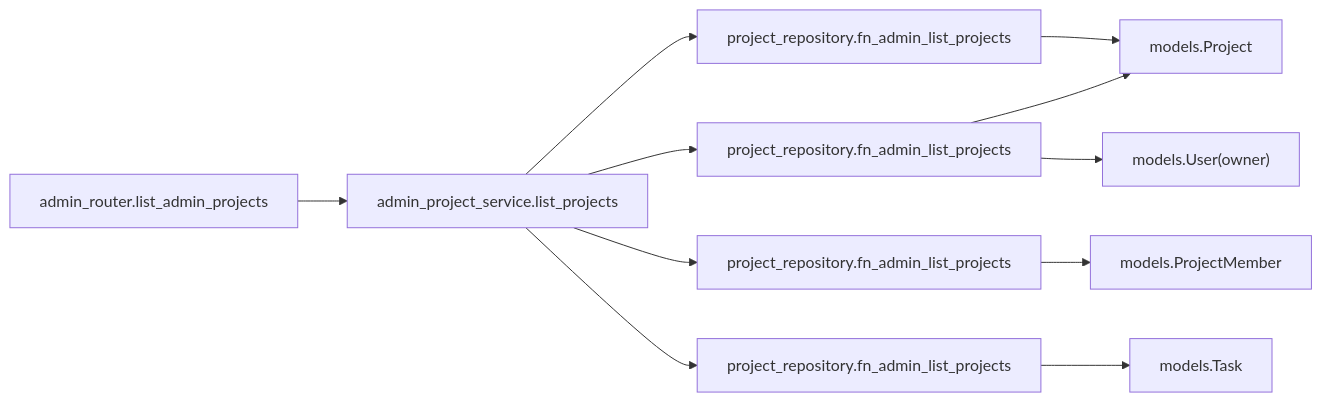
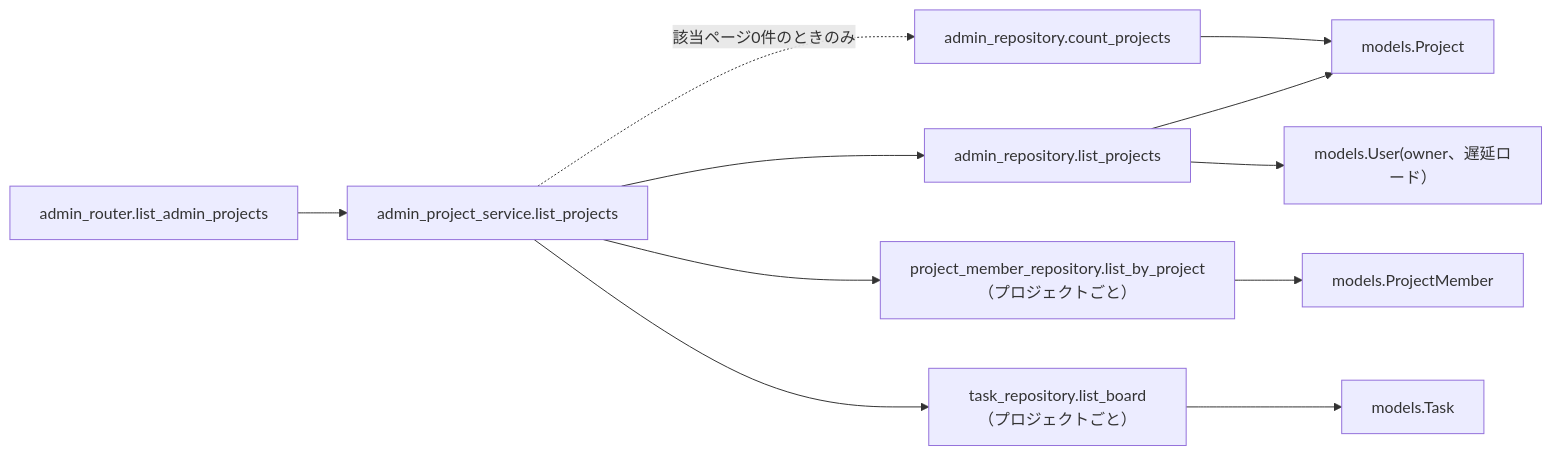
The third of 4 diagrams in docs/detailed_design/api/admin/05_get_admin_projects.md (oikawa-d/task_management), drawn with Mermaid before and after one commit. The commit also changed other lines of this file and 28 other files, not shown here.

````diff
--- a/docs/detailed_design/api/admin/05_get_admin_projects.md
+++ b/docs/detailed_design/api/admin/05_get_admin_projects.md
@@ -206,13 +214,13 @@
 ```mermaid
 flowchart LR
     R["admin_router.list_admin_projects"] --> S["admin_project_service.list_projects"]
-    S --> RP1["project_repository.fn_admin_list_projects"]
-    S --> RP2["project_repository.fn_admin_list_projects"]
-    S --> RP3["project_repository.fn_admin_list_projects"]
-    S --> RP4["project_repository.fn_admin_list_projects"]
+    S --> RP1["admin_repository.list_projects"]
+    S -.->|"該当ページ0件のときのみ"| RP2["admin_repository.count_projects"]
+    S --> RP3["project_member_repository.list_by_project（プロジェクトごと）"]
+    S --> RP4["task_repository.list_board（プロジェクトごと）"]
     RP1 --> M["models.Project"]
     RP2 --> M
-    RP2 --> MO["models.User(owner)"]
+    RP1 --> MO["models.User(owner、遅延ロード）"]
     RP3 --> MPM["models.ProjectMember"]
     RP4 --> MT["models.Task"]
 ```
````
